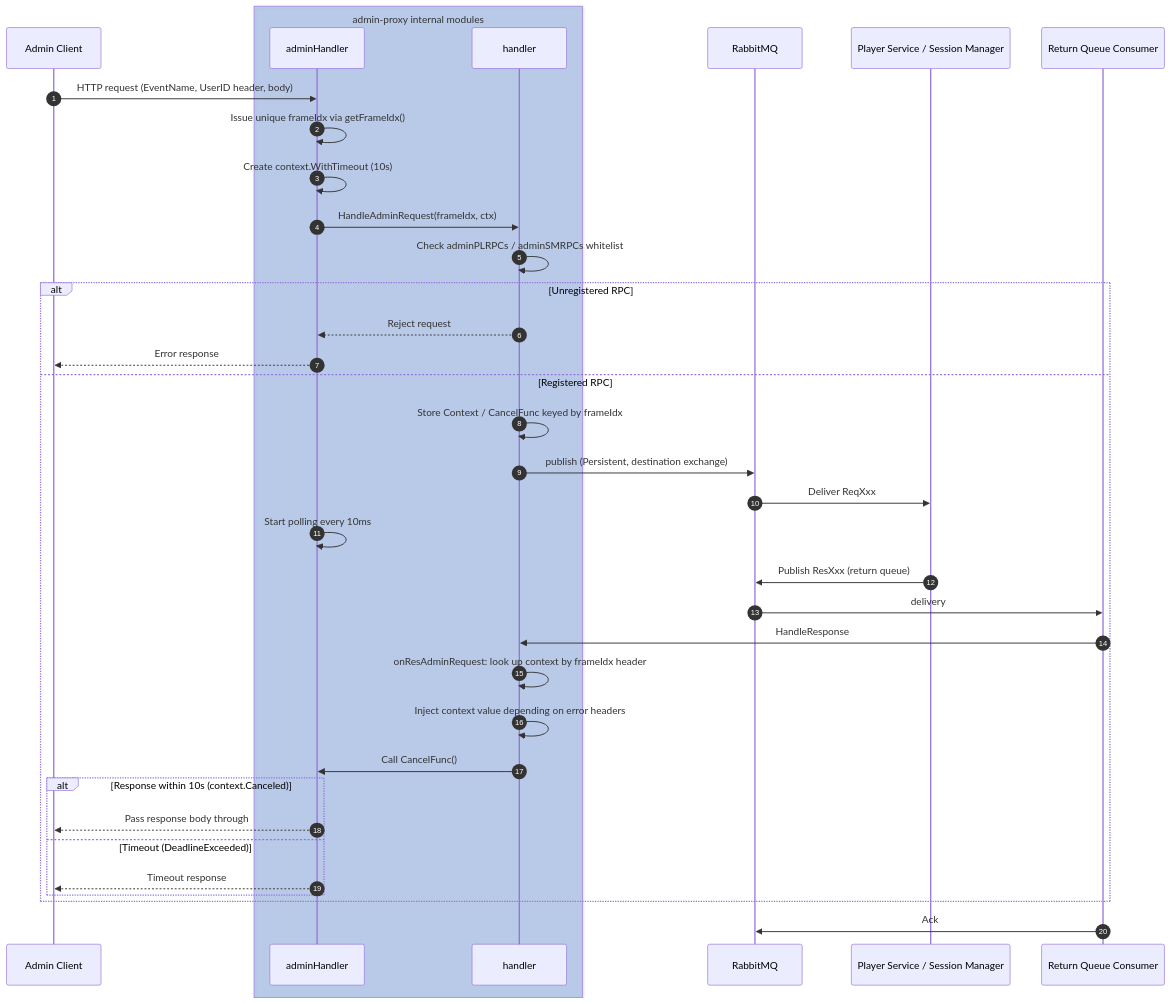
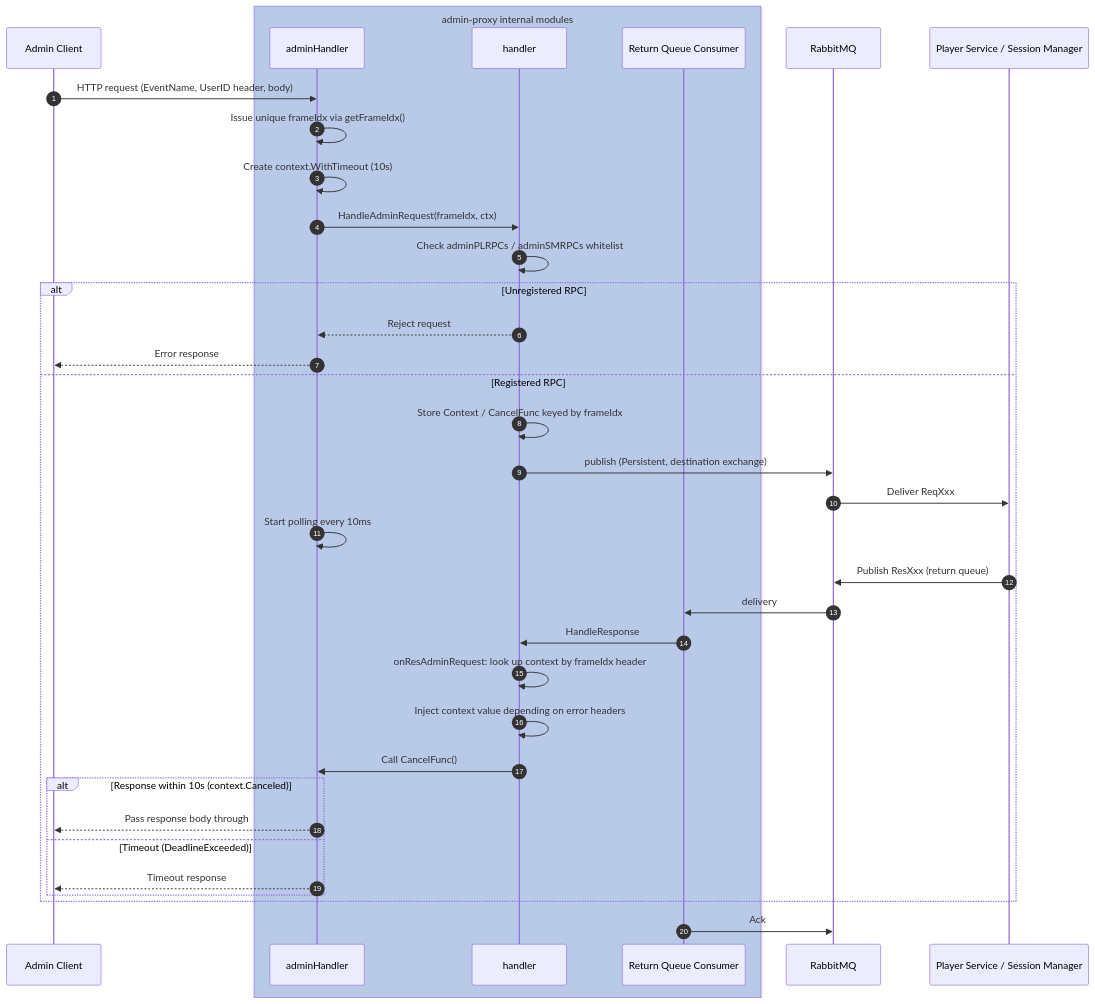
The second of 2 diagrams in Backend/adminproxy/README_EN.md (woodsshin/GameServer), drawn with Mermaid before and after one commit. The commit also changed 1 other file, not shown here.

Commit message:
다이어그램 수정

````diff
--- a/Backend/adminproxy/README_EN.md
+++ b/Backend/adminproxy/README_EN.md
@@ -36,42 +36,42 @@
 ```mermaid
 sequenceDiagram
     autonumber
     participant C as Admin Client
     box rgba(100,149,237,0.35) admin-proxy internal modules
         participant A as adminHandler
         participant H as handler
+        participant L as Return Queue Consumer
     end
     participant MQ as RabbitMQ
     participant S as Player Service / Session Manager
-    participant L as Return Queue Consumer
 
     C->>A: HTTP request (EventName, UserID header, body)
     A->>A: Issue unique frameIdx via getFrameIdx()
     A->>A: Create context.WithTimeout (10s)
     A->>H: HandleAdminRequest(frameIdx, ctx)
     H->>H: Check adminPLRPCs / adminSMRPCs whitelist
 
     alt Unregistered RPC
         H-->>A: Reject request
         A-->>C: Error response
     else Registered RPC
         H->>H: Store Context / CancelFunc keyed by frameIdx
         H->>MQ: publish (Persistent, destination exchange)
         MQ->>S: Deliver ReqXxx
         A->>A: Start polling every 10ms
 
         S->>MQ: Publish ResXxx (return queue)
         MQ->>L: delivery
         L->>H: HandleResponse
         H->>H: onResAdminRequest: look up context by frameIdx header
         H->>H: Inject context value depending on error headers
         H->>A: Call CancelFunc()
 
         alt Response within 10s (context.Canceled)
             A-->>C: Pass response body through
         else Timeout (DeadlineExceeded)
             A-->>C: Timeout response
         end
     end
     L->>MQ: Ack
 ```
````
